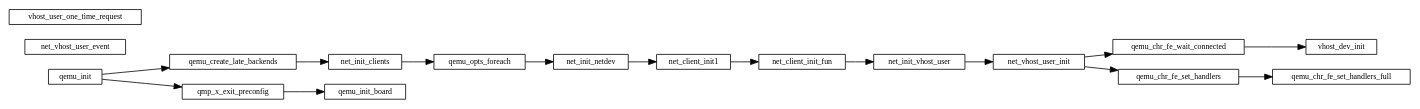
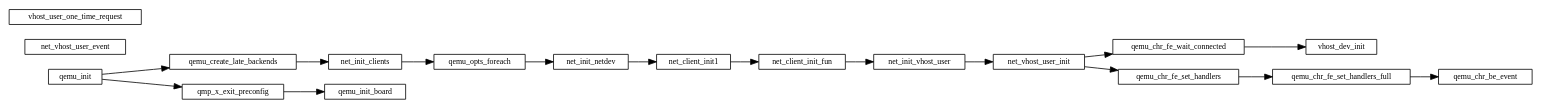
One commit to sisyphus1212/note changed the diagram in qemu/qemu初始化.md. Above: the diagram before and after it, drawn with Graphviz.

Commit message:
auto_update

````diff
--- a/qemu/qemu初始化.md
+++ b/qemu/qemu初始化.md
@@ -11,33 +11,33 @@
 ```graphviz
 digraph {
     fontname="Helvetica,Arial,sans-serif"
     //node [fontname="Helvetica,Arial,sans-serif"]
     //edge [fontname="Helvetica,Arial,sans-serif"]
     rankdir="LR"
     node [fontsize=10, shape=record, height=0.25]
     edge [fontsize=10]
 
     qemu_init -> qemu_create_late_backends
               -> net_init_clients
               -> qemu_opts_foreach
               -> net_init_netdev
               -> net_client_init1
               -> net_client_init_fun
               -> net_init_vhost_user
               -> net_vhost_user_init
               -> qemu_chr_fe_wait_connected
               -> vhost_dev_init
     net_vhost_user_init -> qemu_chr_fe_set_handlers
                         -> qemu_chr_fe_set_handlers_full
-
+                        -> qemu_chr_be_event
 
 
     qemu_init -> qmp_x_exit_preconfig -> qemu_init_board // 初始化cpu 内存
 
     vhost_dev_init
 
     net_vhost_user_event
 
     vhost_user_one_time_request
 }
 ```
````
